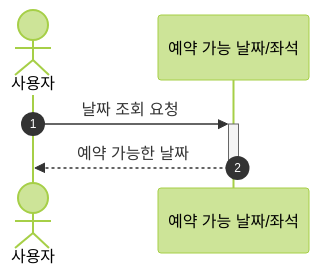
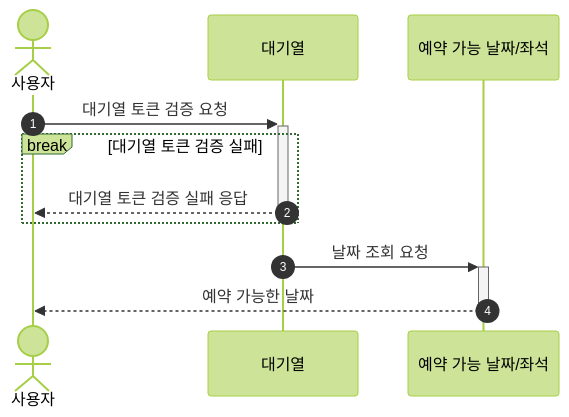
One commit to kmson-92/hhplus-concert-booking changed the second of 5 diagrams in README.md. Above: the diagram before and after it, drawn with Mermaid (forest theme). The commit also changed other lines of this file, not shown here.

Commit message:
시퀀스 다이어그램의 대기열 부분 수정

````diff
--- a/README.md
+++ b/README.md
@@ -89,7 +80,11 @@
 ```mermaid
    sequenceDiagram
     autonumber
     actor 사용자
-    사용자 ->>+ 예약 가능 날짜/좌석: 날짜 조회 요청
+    사용자 ->>+ 대기열: 대기열 토큰 검증 요청
+    break 대기열 토큰 검증 실패
+	    대기열 -->>- 사용자: 대기열 토큰 검증 실패 응답
+	  end
+    대기열 ->>+ 예약 가능 날짜/좌석: 날짜 조회 요청
     예약 가능 날짜/좌석 -->>- 사용자: 예약 가능한 날짜
 ```
````
